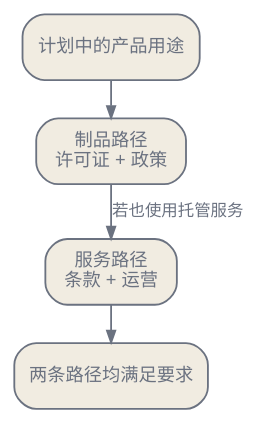
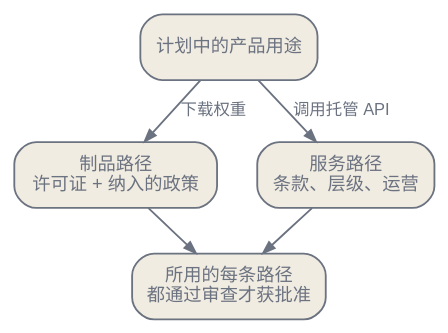
The second of 3 diagrams in zh/ecosystem/01-model-landscape.qmd (latere-ai/ai-as-an-infrastructure), drawn with Graphviz before and after one commit. The commit also changed other lines of this file and 1 other file, not shown here.

````diff
--- a/zh/ecosystem/01-model-landscape.qmd
+++ b/zh/ecosystem/01-model-landscape.qmd
@@ -142,21 +120,22 @@
 ```{dot}
 //| label: fig-permission-service
 //| fig-cap: "下载制品与使用托管服务需要不同的审查。产品若同时使用两条路径，就必须同时满足两边的要求；制品许可证不能代替服务条款，服务条款也不能代替制品许可证。"
 digraph permission_service {
   bgcolor="transparent";
   rankdir=TB;
-  nodesep=0.16;
-  ranksep=0.28;
+  nodesep=0.3;
+  ranksep=0.34;
   node [shape=box, style="rounded,filled", fontname="Helvetica", fontsize=10,
         color="#6b7280", fontcolor="#6b7280", fillcolor="#f1ece1",
         margin="0.12,0.08"];
   edge [color="#6b7280", arrowsize=0.65];
   U [label="计划中的产品用途"];
-  L [label="制品路径\n许可证 + 政策"];
-  S [label="服务路径\n条款 + 运营"];
-  B [label="两条路径均满足要求"];
-  U -> L;
-  L -> S [label="若也使用托管服务", fontsize=9, fontname="Helvetica", fontcolor="#6b7280"];
+  L [label="制品路径\n许可证 + 纳入的政策"];
+  S [label="服务路径\n条款、层级、运营"];
+  B [label="所用的每条路径\n都通过审查才获批准"];
+  U -> L [label="下载权重", fontsize=9, fontname="Helvetica", fontcolor="#6b7280"];
+  U -> S [label="调用托管 API", fontsize=9, fontname="Helvetica", fontcolor="#6b7280"];
+  L -> B;
   S -> B;
 }
 ```
````
